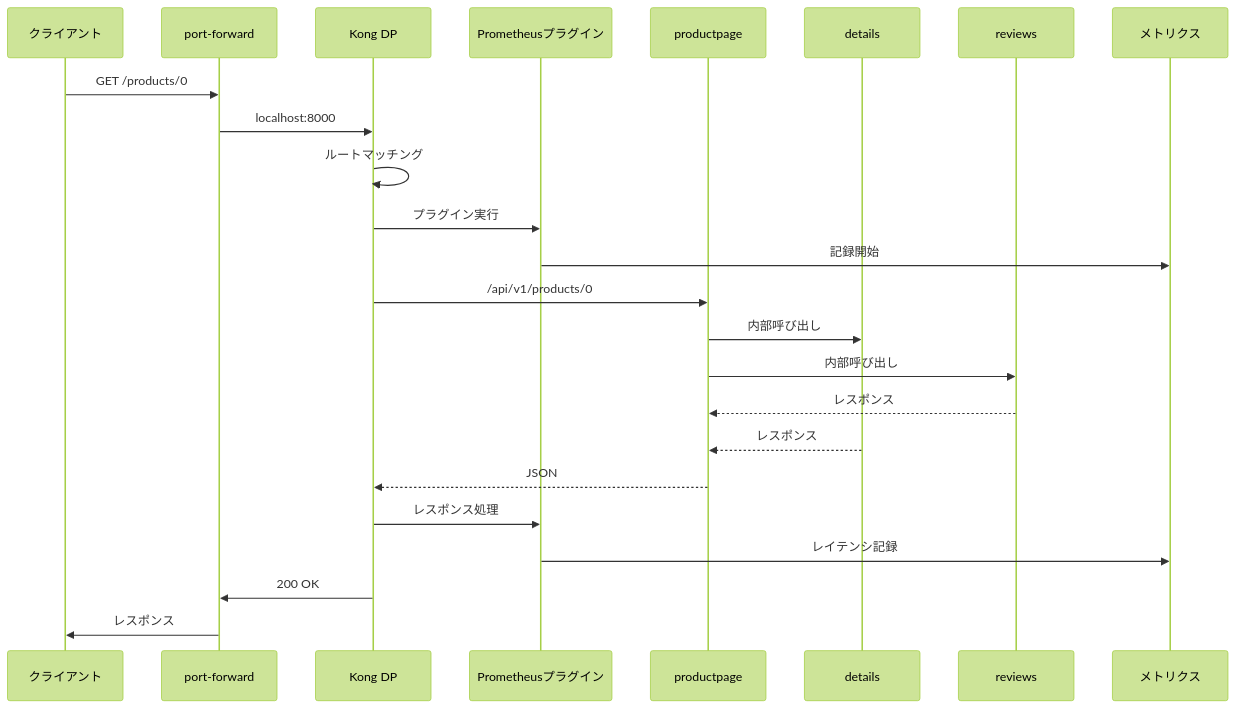
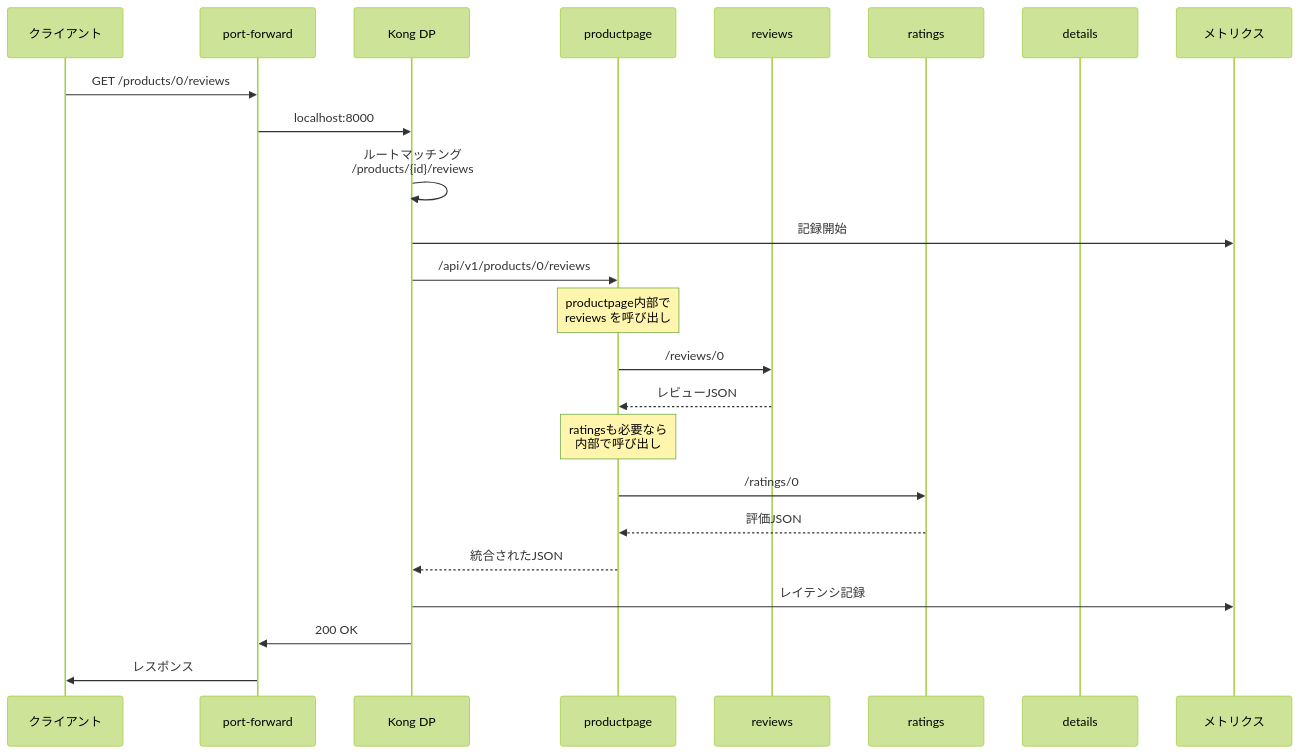
Before and after one commit to ftuajii/kong-work: the third of 6 diagrams in ARCHITECTURE.md, drawn with Mermaid (forest theme). The commit also changed other lines of this file and 2 other files, not shown here.

Commit message:
ARCHITECTURE.mdとREADME.mdを更新し、Kongが管理するエンドポイントの明確化とテストリクエストスクリプトの修正を行いました。send-test-requests.shでは、成功リクエストの数を調整し、詳細エンドポイントへのリクエストを削除しました。

````diff
--- a/ARCHITECTURE.md
+++ b/ARCHITECTURE.md
@@ -116,31 +112,31 @@
 ```mermaid
 sequenceDiagram
     participant Client as クライアント
     participant PF as port-forward
     participant Kong as Kong DP
-    participant Plugin as Prometheusプラグイン
     participant Product as productpage
+    participant Rev as reviews
+    participant Rat as ratings
     participant Det as details
-    participant Rev as reviews
     participant Metrics as メトリクス
 
-    Client->>PF: GET /products/0
+    Client->>PF: GET /products/0/reviews
     PF->>Kong: localhost:8000
 
-    Kong->>Kong: ルートマッチング
-    Kong->>Plugin: プラグイン実行
-    Plugin->>Metrics: 記録開始
+    Kong->>Kong: ルートマッチング<br/>/products/{id}/reviews
+    Kong->>Metrics: 記録開始
 
-    Kong->>Product: /api/v1/products/0
-    Product->>Det: 内部呼び出し
-    Product->>Rev: 内部呼び出し
-    Rev-->>Product: レスポンス
-    Det-->>Product: レスポンス
-    Product-->>Kong: JSON
+    Kong->>Product: /api/v1/products/0/reviews
+    Note over Product: productpage内部で<br/>reviews を呼び出し
+    Product->>Rev: /reviews/0
+    Rev-->>Product: レビューJSON
+    Note over Product: ratingsも必要なら<br/>内部で呼び出し
+    Product->>Rat: /ratings/0
+    Rat-->>Product: 評価JSON
+    Product-->>Kong: 統合されたJSON
 
-    Kong->>Plugin: レスポンス処理
-    Plugin->>Metrics: レイテンシ記録
+    Kong->>Metrics: レイテンシ記録
 
     Kong->>PF: 200 OK
     PF->>Client: レスポンス
 ```
````
